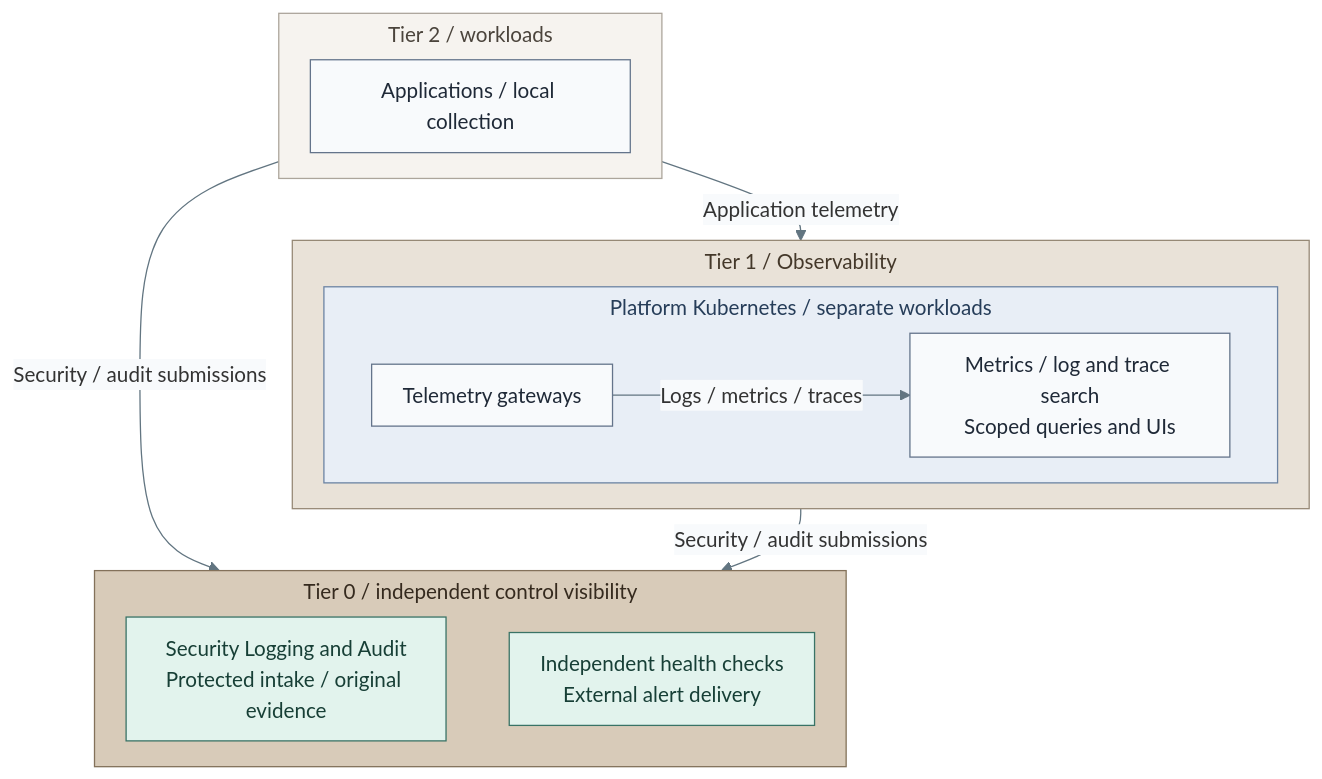
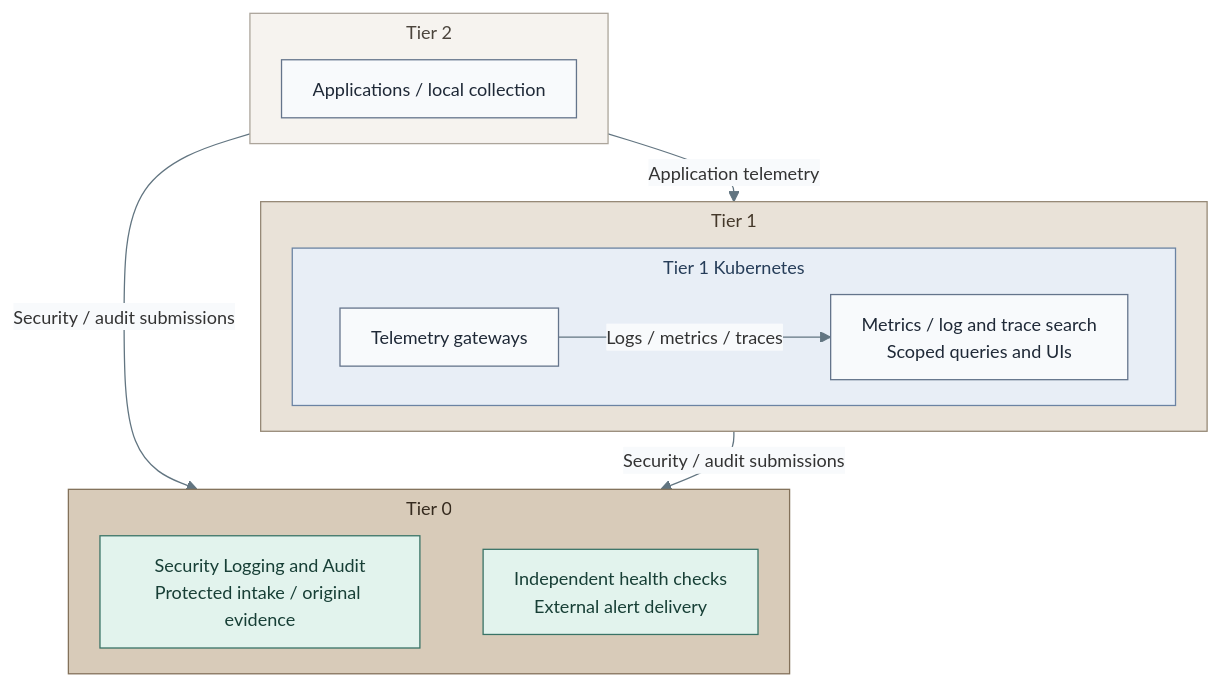
One commit to Rexus/homelab changed the diagram in docs/01-architecture/11-operations/README.md. Above: the diagram before and after it, drawn with Mermaid. The commit also changed 124 other files, not shown here.

First line of the commit message:
fix(platform): align service diagrams and directory failover

````diff
--- a/docs/01-architecture/11-operations/README.md
+++ b/docs/01-architecture/11-operations/README.md
@@ -27,37 +17,37 @@
 ```mermaid
-%%{init: {"theme":"base","flowchart":{"nodeSpacing":20,"rankSpacing":24,"padding":12,"subGraphTitleMargin":{"top":4,"bottom":12}},"themeVariables":{"lineColor":"#627581","edgeLabelBackground":"#f8fafc"}}}%%
+%%{init: {"theme":"base","flowchart":{"nodeSpacing":20,"rankSpacing":24,"padding":12,"subGraphTitleMargin":{"top":4,"bottom":12}},"themeVariables":{"lineColor":"#627581","edgeLabelBackground":"#f8fafc","fontFamily":"Arial, sans-serif","fontSize":"14px"},"fontFamily":"Arial, sans-serif"}}%%
 flowchart TB
-  subgraph T2["Tier 2 / workloads"]
+  subgraph T2["Tier 2"]
     Producers["Applications / local collection"]
   end
-  subgraph T1["Tier 1 / Observability"]
-    subgraph Cluster["Platform Kubernetes / separate workloads"]
+  subgraph T1["Tier 1"]
+    subgraph Cluster["Tier 1 Kubernetes"]
       direction LR
       Collection["Telemetry gateways"]
       Backends["Metrics / log and trace search<br/>Scoped queries and UIs"]
       Collection -->|Logs / metrics / traces| Backends
     end
   end
-  subgraph T0["Tier 0 / independent control visibility"]
+  subgraph T0["Tier 0"]
     direction LR
     Evidence["Security Logging and Audit<br/>Protected intake / original evidence"]
     Health["Independent health checks<br/>External alert delivery"]
     Evidence ~~~ Health
   end
   T2 -->|Application telemetry| T1
   T2 -->|Security / audit submissions| T0
   T1 -->|Security / audit submissions| T0
   classDef default fill:#f8fafc,stroke:#64748b,color:#1f2937
   classDef services fill:#e7f0fc,stroke:#4d719b,color:#203a5b
   classDef runtime fill:#d9eeec,stroke:#4d7b77,color:#173f3e
   classDef control fill:#e2f3ed,stroke:#397366,color:#173f36
   class Evidence,Health control
   classDef kubernetes fill:#e8eef6,stroke:#6b83a3,color:#263d59
   class Cluster kubernetes
   classDef tier0 fill:#d8cbb9,stroke:#83715a,color:#352a1e
   class T0 tier0
   classDef tier1 fill:#e9e2d8,stroke:#968976,color:#44382a
   class T1 tier1
   classDef tier2 fill:#f6f3ef,stroke:#aca59b,color:#4b443c
   class T2 tier2
 ```
````
